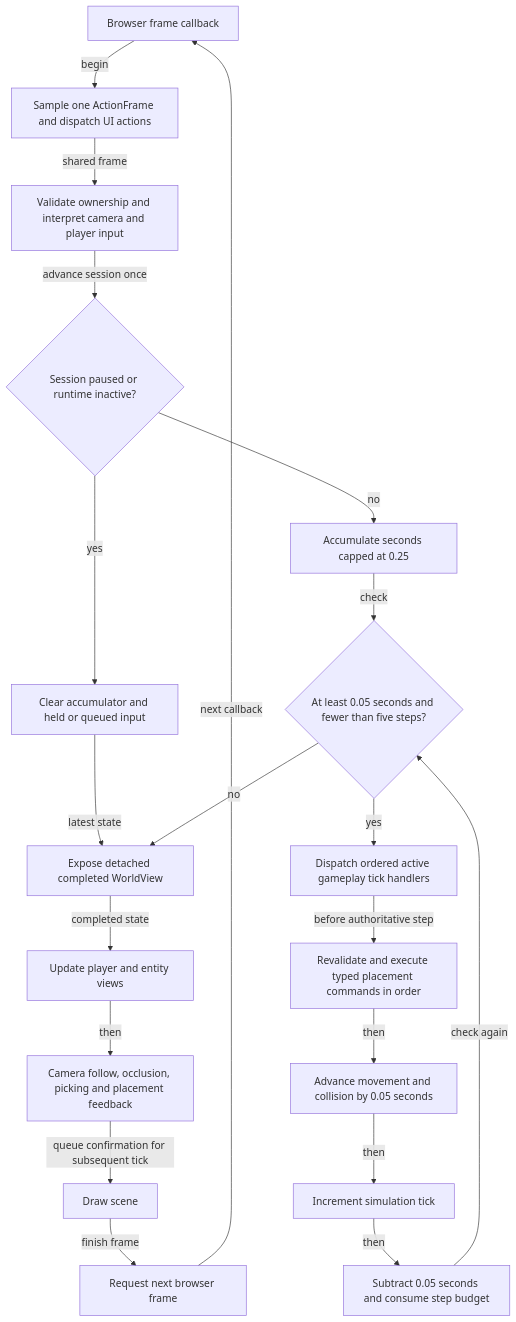
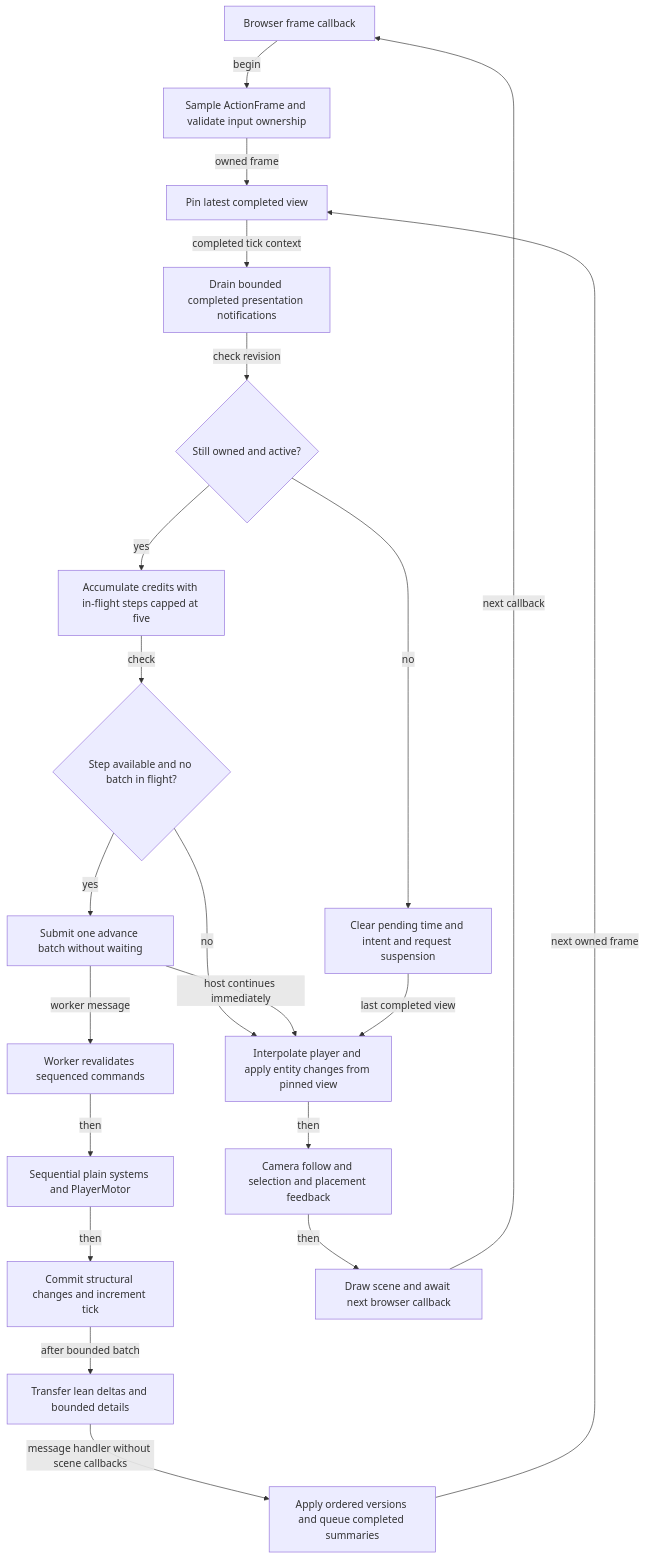
Before and after one commit to Googlproxer/Scrapworks: the diagram in docs/diagrams/src/fixed-step-loop.mmd, drawn with Mermaid. The commit also changed 49 other files, not shown here.

Commit message:
Qualify production ECS worker and complete Step 0 foundation

```diff
--- a/docs/diagrams/src/fixed-step-loop.mmd
+++ b/docs/diagrams/src/fixed-step-loop.mmd
@@ -1,38 +1,38 @@
 flowchart TB
     Frame[Browser frame callback]
-    Input[Sample one ActionFrame and dispatch UI actions]
-    Controls[Validate ownership and interpret camera and player input]
-    Paused{Session paused or runtime inactive?}
-    Reset[Clear accumulator and held or queued input]
-    Accumulate[Accumulate seconds capped at 0.25]
-    Enough{At least 0.05 seconds and fewer than five steps?}
-    Hooks[Dispatch ordered active gameplay tick handlers]
-    Commands[Revalidate and execute typed placement commands in order]
-    Movement[Advance movement and collision by 0.05 seconds]
-    Time[Increment simulation tick]
-    Deduct[Subtract 0.05 seconds and consume step budget]
-    Publish[Expose detached completed WorldView]
-    Present[Update player and entity views]
-    Feedback[Camera follow, occlusion, picking and placement feedback]
-    Render[Draw scene]
-    Next[Request next browser frame]
-
+    Input[Sample ActionFrame and validate input ownership]
+    Pin[Pin latest completed view]
+    Hooks[Drain bounded completed presentation notifications]
+    Active{Still owned and active?}
+    Pause[Clear pending time and intent and request suspension]
+    Credits[Accumulate credits with in-flight steps capped at five]
+    Available{Step available and no batch in flight?}
+    Send[Submit one advance batch without waiting]
+    Commands[Worker revalidates sequenced commands]
+    Systems[Sequential plain systems and PlayerMotor]
+    Commit[Commit structural changes and increment tick]
+    Publish[Transfer lean deltas and bounded details]
+    Cache[Apply ordered versions and queue completed summaries]
+    Present[Interpolate player and apply entity changes from pinned view]
+    Feedback[Camera follow and selection and placement feedback]
+    Draw[Draw scene and await next browser callback]
     Frame -->|begin| Input
-    Input -->|shared frame| Controls
-    Controls -->|advance session once| Paused
-    Paused -->|yes| Reset
-    Reset -->|latest state| Publish
-    Paused -->|no| Accumulate
-    Accumulate -->|check| Enough
-    Enough -->|yes| Hooks
-    Hooks -->|before authoritative step| Commands
-    Commands -->|then| Movement
-    Movement -->|then| Time
-    Time -->|then| Deduct
-    Deduct -->|check again| Enough
-    Enough -->|no| Publish
-    Publish -->|completed state| Present
+    Input -->|owned frame| Pin
+    Pin -->|completed tick context| Hooks
+    Hooks -->|check revision| Active
+    Active -->|no| Pause
+    Active -->|yes| Credits
+    Credits -->|check| Available
+    Available -->|yes| Send
+    Send -->|worker message| Commands
+    Commands -->|then| Systems
+    Systems -->|then| Commit
+    Commit -->|after bounded batch| Publish
+    Publish -->|message handler without scene callbacks| Cache
+    Cache -->|next owned frame| Pin
+    Available -->|no| Present
+    Send -->|host continues immediately| Present
+    Pause -->|last completed view| Present
     Present -->|then| Feedback
-    Feedback -->|queue confirmation for subsequent tick| Render
-    Render -->|finish frame| Next
-    Next -->|next callback| Frame
+    Feedback -->|then| Draw
+    Draw -->|next callback| Frame
```
